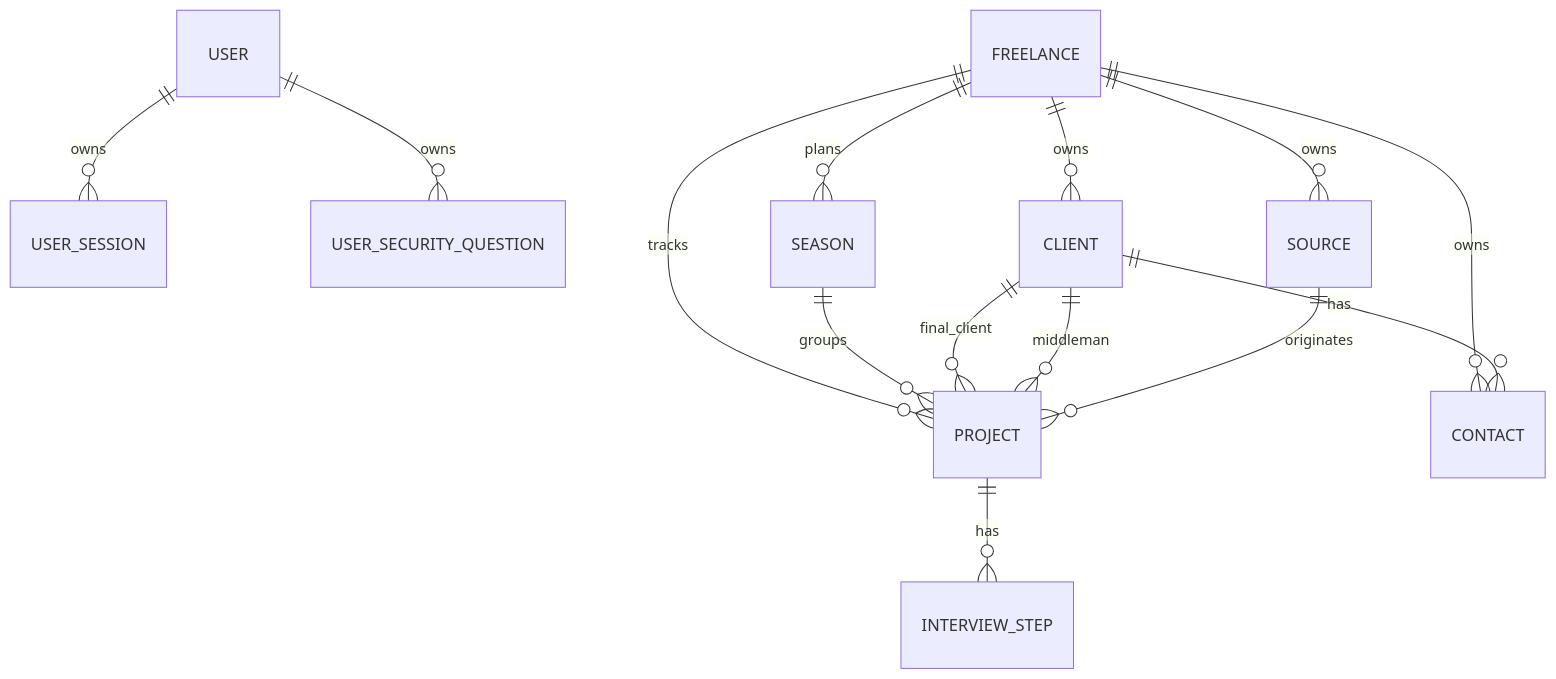
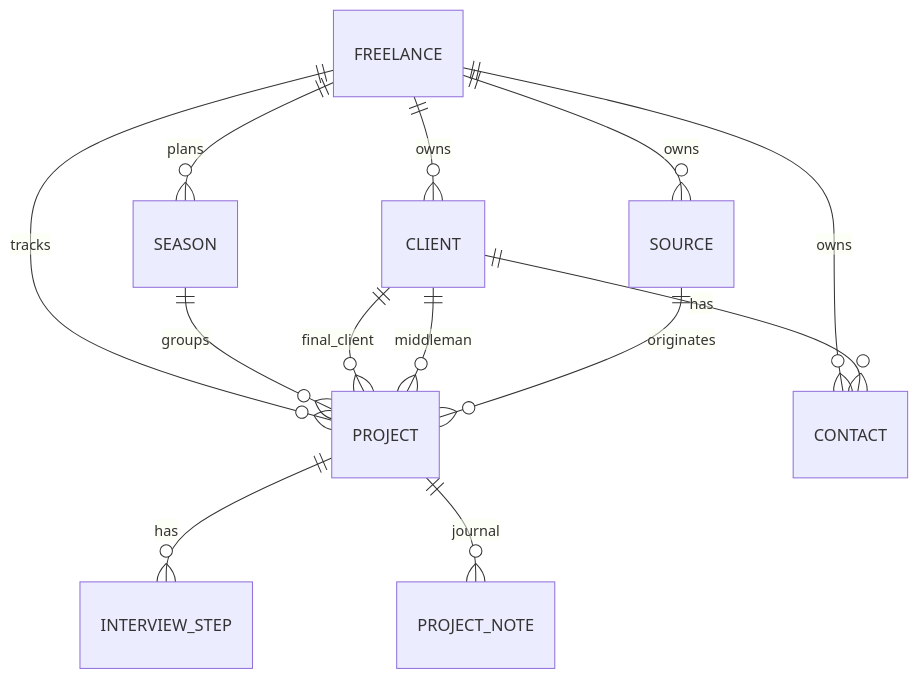
The diagram in docs/data-model.md (chefzaid/indezy), drawn with Mermaid before and after one commit. The commit also changed other lines of this file and 179 other files, not shown here.

````diff
--- a/docs/data-model.md
+++ b/docs/data-model.md
@@ -7,16 +7,15 @@
 ```mermaid
 erDiagram
-    USER ||--o{ USER_SESSION : owns
-    USER ||--o{ USER_SECURITY_QUESTION : owns
     FREELANCE ||--o{ PROJECT : tracks
     FREELANCE ||--o{ CLIENT : owns
     FREELANCE ||--o{ CONTACT : owns
     FREELANCE ||--o{ SOURCE : owns
     FREELANCE ||--o{ SEASON : plans
     SEASON ||--o{ PROJECT : groups
     CLIENT ||--o{ CONTACT : has
     CLIENT ||--o{ PROJECT : final_client
     CLIENT ||--o{ PROJECT : middleman
     SOURCE ||--o{ PROJECT : originates
     PROJECT ||--o{ INTERVIEW_STEP : has
+    PROJECT ||--o{ PROJECT_NOTE : journal
 ```
````
